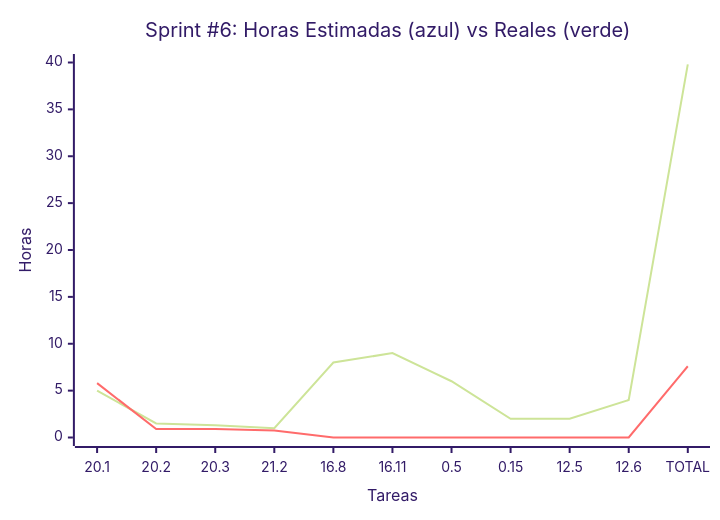
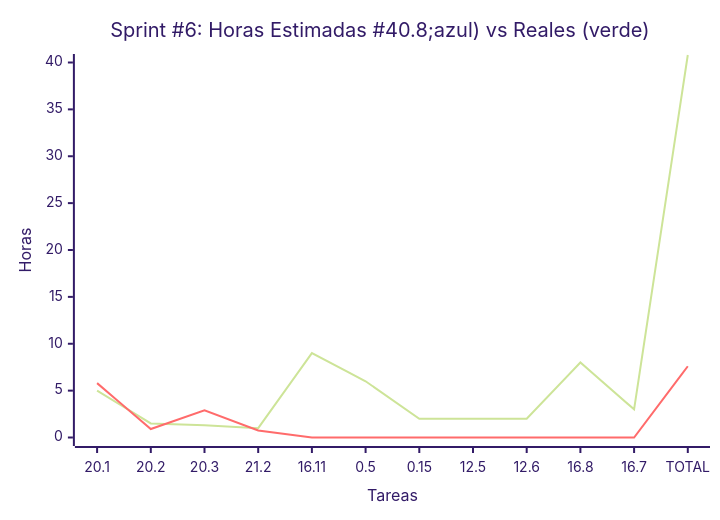
One commit to MarkMed/FleetMan changed the sixth of 6 diagrams in docs/SprintsPlanning.md. Above: the diagram before and after it, drawn with Mermaid (forest theme). The commit also changed other lines of this file and 1 other file, not shown here.

Commit message:
fix: update estimated hours and buffer for Sprint #6 to reflect accurate planning

````diff
--- a/docs/SprintsPlanning.md
+++ b/docs/SprintsPlanning.md
@@ -262,12 +263,12 @@
 ```mermaid
 xychart-beta
-    title "Sprint #6: Horas Estimadas #40;azul#41; vs Reales #40;verde#41;"
-    x-axis "Tareas" ["20.1", "20.2", "20.3", "21.2", "16.8", "16.11", "0.5", "0.15", "12.5", "12.6", "TOTAL"]
+    title "Sprint #6: Horas Estimadas #40.8;azul#41; vs Reales #40;verde#41;"
+    x-axis "Tareas" ["20.1", "20.2", "20.3", "21.2", "16.11", "0.5", "0.15", "12.5", "12.6", "16.8", "16.7", "TOTAL"]
     y-axis "Horas" 0 --> 40
     
     %% Green line (estimadas)
-    line [5, 1.5, 1.3, 1, 8, 9, 6, 2, 2, 4, 39.8]
+    line [5, 1.5, 1.3, 1, 9, 6, 2, 2, 2, 8, 3, 40.8]
 
     %% Black line (reales)
-    line [5.8, 0.9, 0.9, 0.75, 0, 0, 0, 0, 0, 0, 7.6]
+    line [5.8, 0.9, 2.9, 0.75, 0, 0, 0, 0, 0, 0, 0, 7.6]
 ```
````
